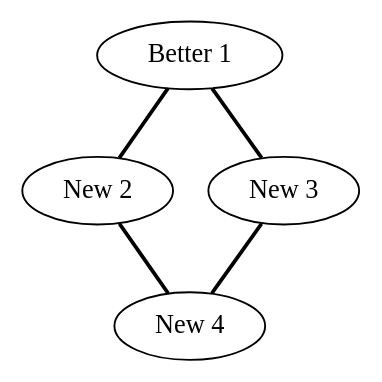
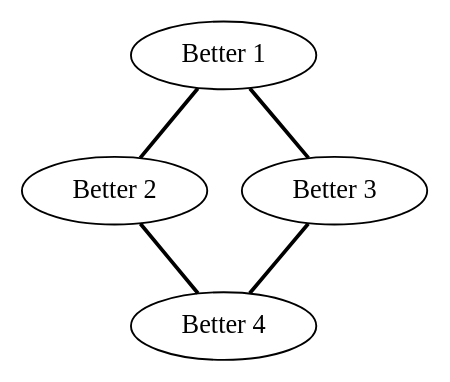
One commit to gsiegle/polycule-grapher changed the diagram in DOT/sample.dot. Above: the diagram before and after it, drawn with Graphviz. The commit also changed 2 other files, not shown here.

```diff
--- a/DOT/sample.dot
+++ b/DOT/sample.dot
@@ -1,11 +1,11 @@
 graph sample {
 	node1 [label="Better 1"]
-	node2 [label="New 2"]
-	node3 [label="New 3"]
-	node4 [label="New 4"]
+	node2 [label="Better 2"]
+	node3 [label="Better 3"]
+	node4 [label="Better 4"]
 
 	node1 -- node2 [len=1.25,label="",style=bold]
 	node1 -- node3 [len=1.25,label="",style=bold]
 	node2 -- node4 [len=1.25,label="",style=bold]
 	node3 -- node4 [len=1.25,label="",style=bold]
 }
```
